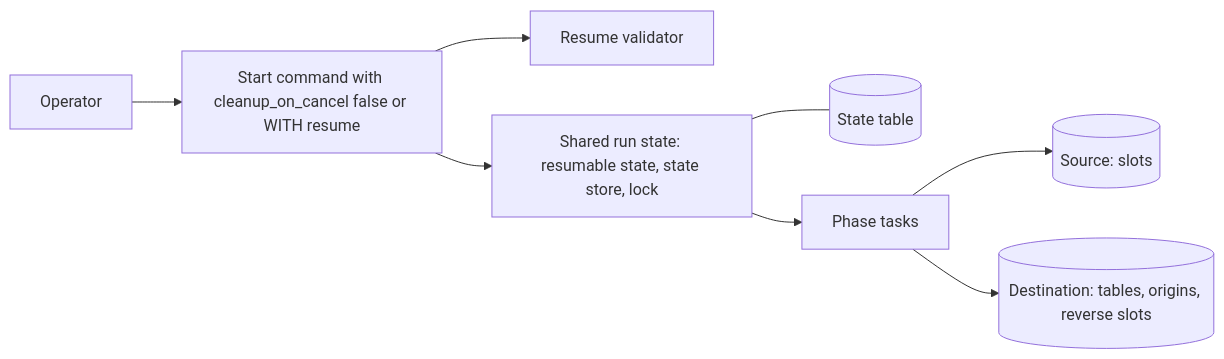
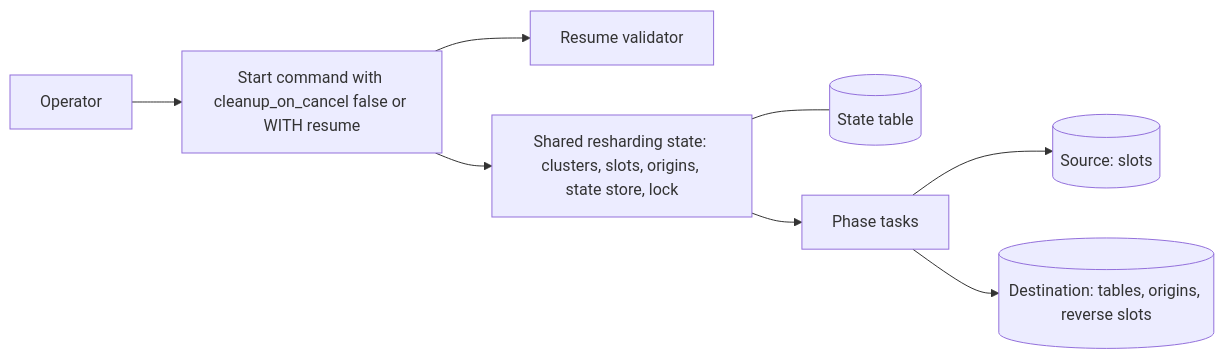
One commit to pgdogdev/pgdog changed the third of 6 diagrams in docs/RESUMABLE_RESHARDING.md. Above: the diagram before and after it, drawn with Mermaid. The commit also changed other lines of this file and 17 other files, not shown here.

````diff
--- a/docs/RESUMABLE_RESHARDING.md
+++ b/docs/RESUMABLE_RESHARDING.md
@@ -220,10 +224,10 @@
 ```mermaid
 flowchart LR
   OP[Operator] --> CMD[Start command with cleanup_on_cancel false or WITH resume]
   CMD --> V[Resume validator]
-  CMD --> RS[Shared run state: resumable state, state store, lock]
+  CMD --> RS[Shared resharding state: clusters, slots, origins, state store, lock]
   RS --- ST[(State table)]
   RS --> PH[Phase tasks]
   PH --> S[(Source: slots)]
   PH --> D[(Destination: tables, origins, reverse slots)]
 ```
````
